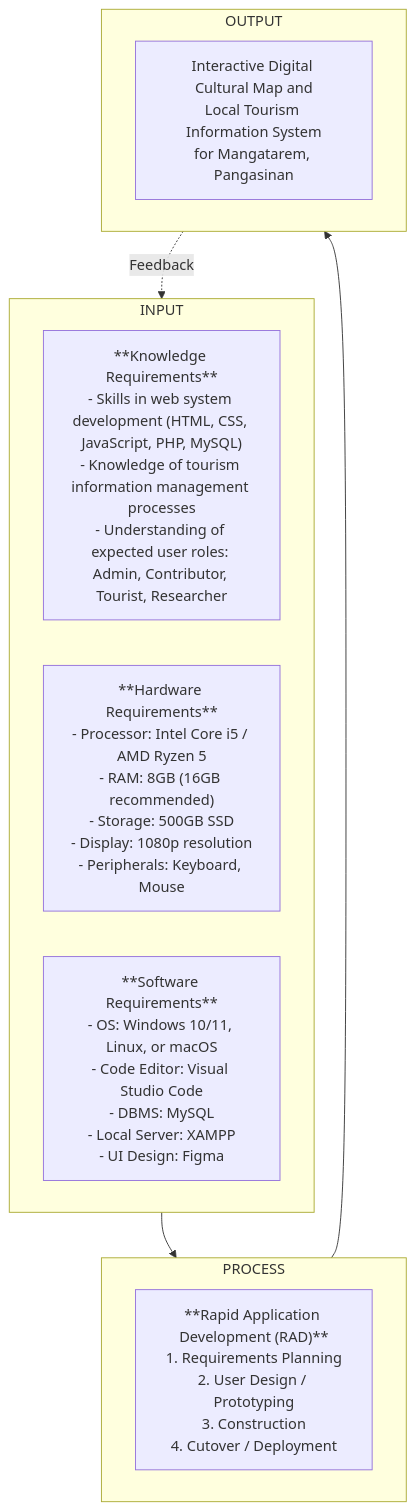
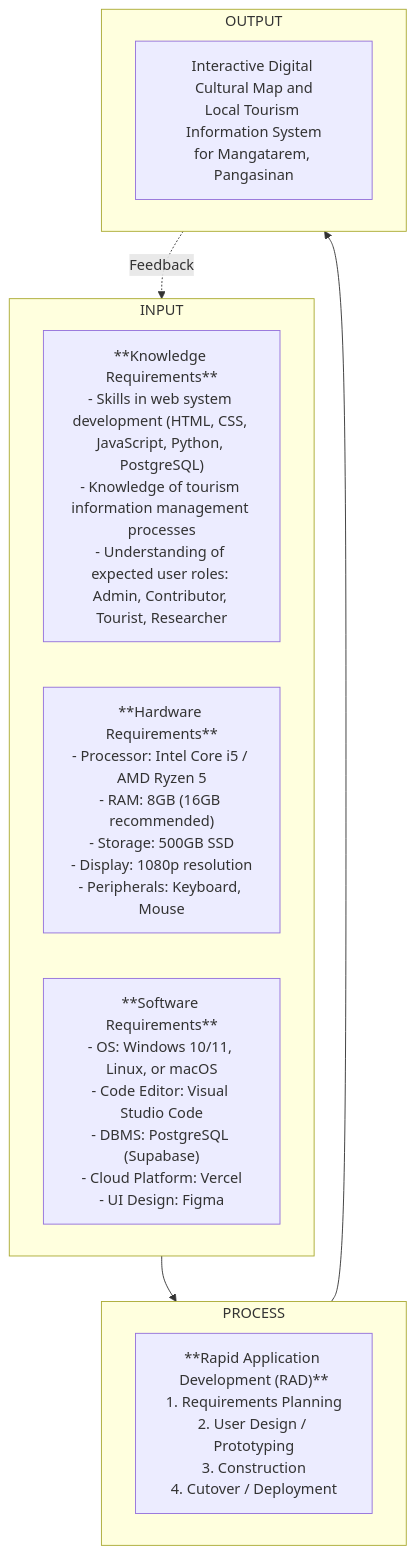
The diagram in docs/capstone/chapters/Chapter-1-Introduction.md (jemhakdog/Interactive-Digital-Cultural-Map-and-Local-Tourism-Information-system-for-Mangatarem--Pangasinan), drawn with Mermaid before and after one commit. The commit also changed other lines of this file and 6 other files, not shown here.

````diff
--- a/docs/capstone/chapters/Chapter-1-Introduction.md
+++ b/docs/capstone/chapters/Chapter-1-Introduction.md
@@ -59,20 +59,20 @@
 ```mermaid
 graph TD
     subgraph INPUT
-        K["**Knowledge Requirements**<br/>- Skills in web system development (HTML, CSS, JavaScript, PHP, MySQL)<br/>- Knowledge of tourism information management processes<br/>- Understanding of expected user roles: Admin, Contributor, Tourist, Researcher"]
+        K["**Knowledge Requirements**<br/>- Skills in web system development (HTML, CSS, JavaScript, Python, PostgreSQL)<br/>- Knowledge of tourism information management processes<br/>- Understanding of expected user roles: Admin, Contributor, Tourist, Researcher"]
         H["**Hardware Requirements**<br/>- Processor: Intel Core i5 / AMD Ryzen 5<br/>- RAM: 8GB (16GB recommended)<br/>- Storage: 500GB SSD<br/>- Display: 1080p resolution<br/>- Peripherals: Keyboard, Mouse"]
-        S["**Software Requirements**<br/>- OS: Windows 10/11, Linux, or macOS<br/>- Code Editor: Visual Studio Code<br/>- DBMS: MySQL<br/>- Local Server: XAMPP<br/>- UI Design: Figma"]
+        S["**Software Requirements**<br/>- OS: Windows 10/11, Linux, or macOS<br/>- Code Editor: Visual Studio Code<br/>- DBMS: PostgreSQL (Supabase)<br/>- Cloud Platform: Vercel<br/>- UI Design: Figma"]
     end
 
     subgraph PROCESS
         RAD["**Rapid Application Development (RAD)**<br/>1. Requirements Planning<br/>2. User Design / Prototyping<br/>3. Construction<br/>4. Cutover / Deployment"]
     end
 
     subgraph OUTPUT
         SYS["Interactive Digital Cultural Map and<br/>Local Tourism Information System<br/>for Mangatarem, Pangasinan"]
     end
 
     INPUT --> PROCESS
     PROCESS --> OUTPUT
     OUTPUT -. Feedback .-> INPUT
 ```
````
